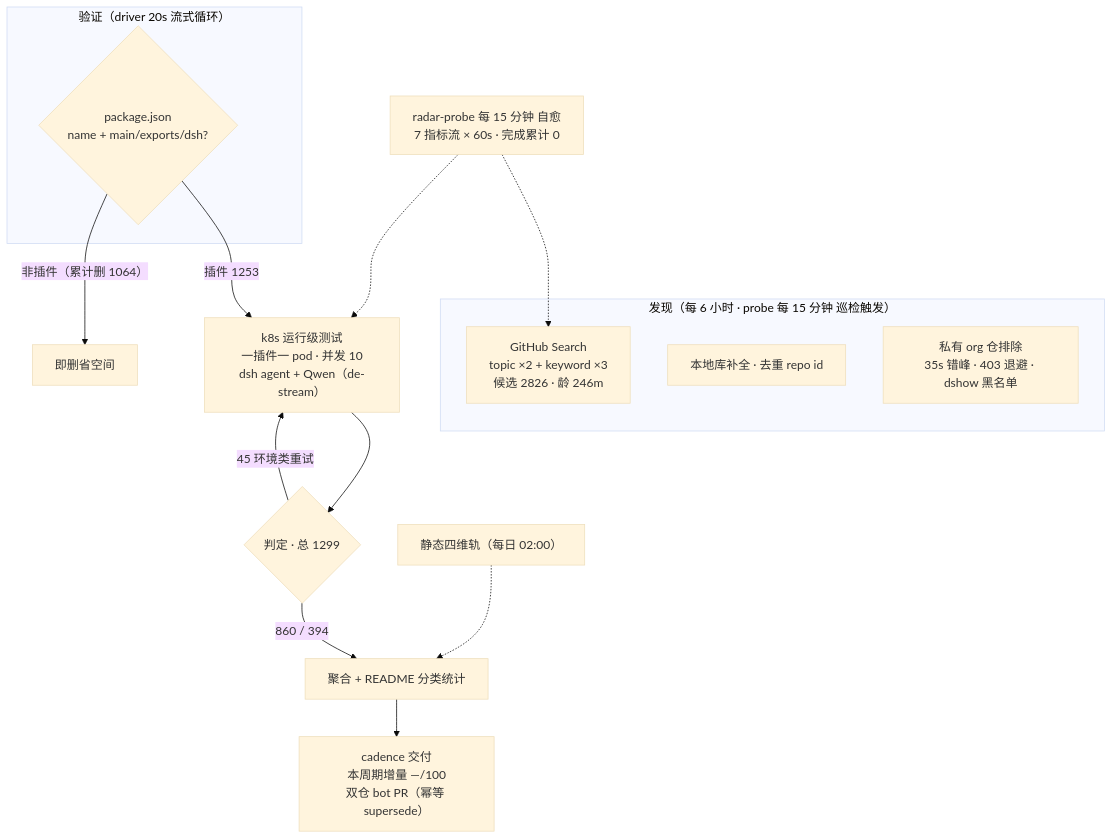
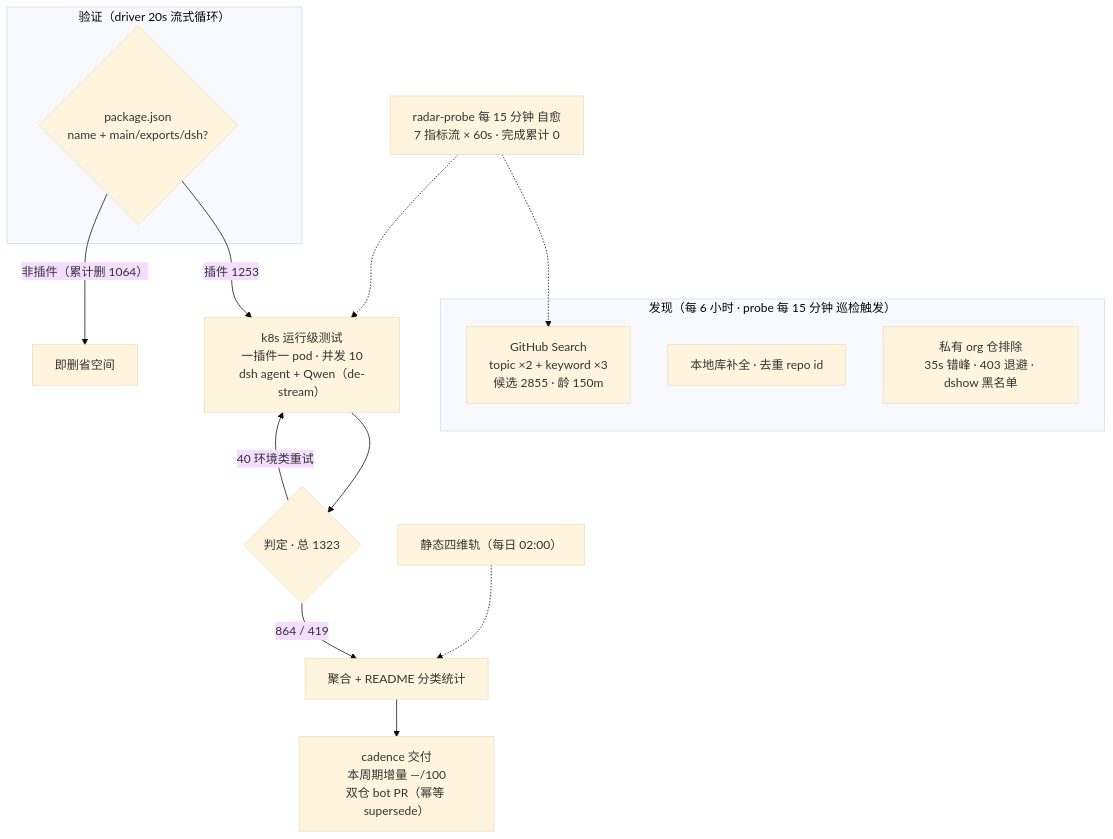
Before and after one commit to Zhidao-Lab-OSS/awesome-dsh-plugins: the diagram in README.md, drawn with Mermaid (base theme). The commit also changed other lines of this file and 1 other file, not shown here.

````diff
--- a/README.md
+++ b/README.md
@@ -28,20 +30,20 @@
 ```mermaid
 flowchart TB
     subgraph Discovery[" 发现（每 6 小时 · probe 每 15 分钟 巡检触发）"]
-        A1["GitHub Search<br/>topic ×2 + keyword ×3<br/>候选 2826 · 龄 246m"]
+        A1["GitHub Search<br/>topic ×2 + keyword ×3<br/>候选 2855 · 龄 150m"]
         A2["本地库补全 · 去重 repo id"]
         A3[" 私有 org 仓排除<br/>35s 错峰 · 403 退避 · dshow 黑名单"]
     end
     subgraph Validation[" 验证（driver 20s 流式循环）"]
         B1{"package.json<br/>name + main/exports/dsh?"}
     end
     B1 -->|"插件 1253"| C1["k8s 运行级测试<br/>一插件一 pod · 并发 10<br/>dsh agent + Qwen（de-stream）"]
     B1 -->|"非插件（累计删 1064）"| B3[" 即删省空间"]
-    C1 --> D1{"判定 · 总 1299"}
-    D1 -->|" 860 /  394"| E1["聚合 + README 分类统计"]
-    D1 -->|" 45 环境类重试"| C1
+    C1 --> D1{"判定 · 总 1323"}
+    D1 -->|" 864 /  419"| E1["聚合 + README 分类统计"]
+    D1 -->|" 40 环境类重试"| C1
     E1 --> E2["cadence 交付<br/>本周期增量 —/100<br/>双仓 bot PR（幂等 supersede）"]
     S[" 静态四维轨（每日 02:00）"] -.-> E1
     M[" radar-probe 每 15 分钟 自愈<br/>7 指标流 × 60s · 完成累计 0"] -.-> A1
     M -.-> C1
 ```
````
